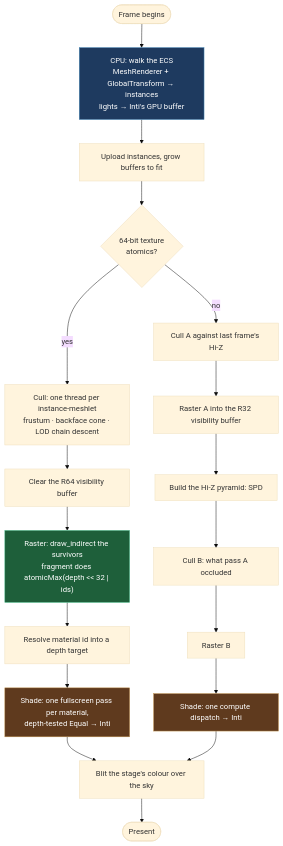
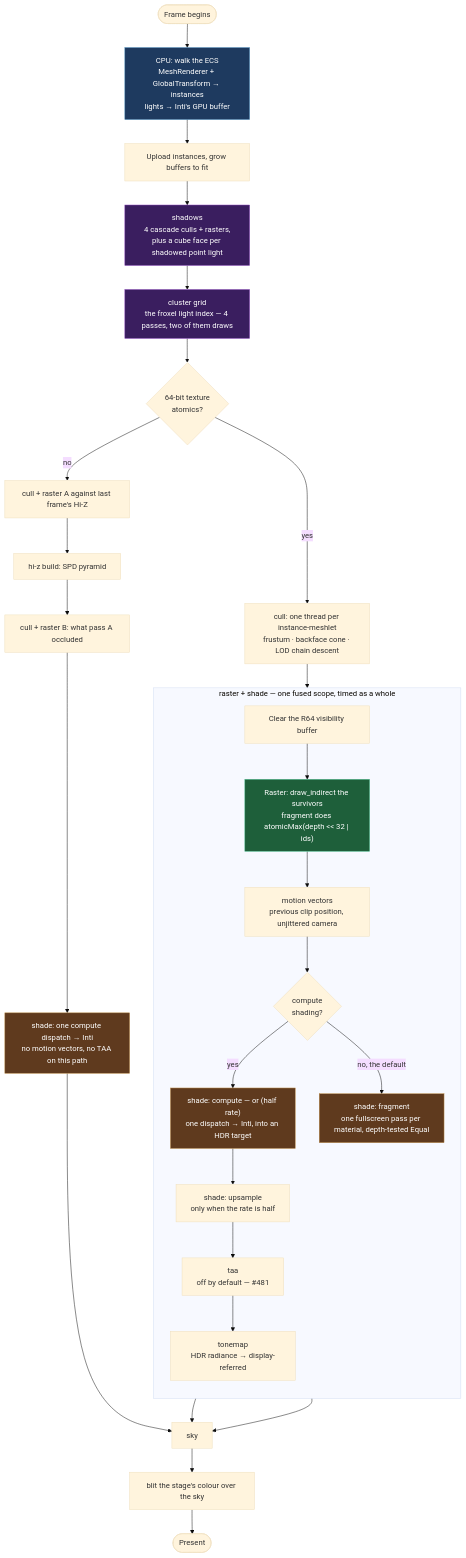
Before and after one commit to lobinuxsoft/kooch: the diagram in docs/book/src/architecture/render-pipeline.md, drawn with Mermaid (base theme). The commit also changed other lines of this file, not shown here.

First line of the commit message:
docs(book): the render pipeline diagram matches the frame that runs

````diff
--- a/docs/book/src/architecture/render-pipeline.md
+++ b/docs/book/src/architecture/render-pipeline.md
@@ -41,28 +52,43 @@
 ```mermaid
 flowchart TD
     START([Frame begins]) --> EXTRACT[CPU: walk the ECS<br/>MeshRenderer + GlobalTransform → instances<br/>lights → Inti's GPU buffer]
     EXTRACT --> UPLOAD[Upload instances, grow buffers to fit]
-    UPLOAD --> R64{64-bit texture<br/>atomics?}
+    UPLOAD --> SHADOWS["shadows<br/>4 cascade culls + rasters,<br/>plus a cube face per shadowed point light"]
+    SHADOWS --> GRID["cluster grid<br/>the froxel light index — 4 passes, two of them draws"]
+    GRID --> R64{64-bit texture<br/>atomics?}
 
-    R64 -- yes --> A0[Cull: one thread per instance-meshlet<br/>frustum · backface cone · LOD chain descent]
-    A0 --> A1[Clear the R64 visibility buffer]
-    A1 --> A2["Raster: draw_indirect the survivors<br/>fragment does atomicMax(depth &lt;&lt; 32 | ids)"]
-    A2 --> A3[Resolve material id into a depth target]
-    A3 --> A4[Shade: one fullscreen pass per material,<br/>depth-tested Equal → Inti]
+    R64 -- yes --> A0["cull: one thread per instance-meshlet<br/>frustum · backface cone · LOD chain descent"]
 
-    R64 -- no --> B0[Cull A against last frame's Hi-Z]
-    B0 --> B1[Raster A into the R32 visibility buffer]
-    B1 --> B2[Build the Hi-Z pyramid: SPD]
-    B2 --> B3[Cull B: what pass A occluded]
-    B3 --> B4[Raster B]
-    B4 --> B5[Shade: one compute dispatch → Inti]
+    subgraph FUSED["raster + shade — one fused scope, timed as a whole"]
+        direction TB
+        A1[Clear the R64 visibility buffer] --> A2["Raster: draw_indirect the survivors<br/>fragment does atomicMax(depth &lt;&lt; 32 | ids)"]
+        A2 --> MV["motion vectors<br/>previous clip position, unjittered camera"]
+        MV --> SH{"compute<br/>shading?"}
+        SH -- yes --> A4["shade: compute — or (half rate)<br/>one dispatch → Inti, into an HDR target"]
+        SH -- "no, the default" --> A5["shade: fragment<br/>one fullscreen pass per material, depth-tested Equal"]
+        A4 --> UP["shade: upsample<br/>only when the rate is half"]
+        UP --> TAA["taa<br/>off by default — #481"]
+        TAA --> TM["tonemap<br/>HDR radiance → display-referred"]
+    end
 
-    A4 --> BLIT[Blit the stage's colour over the sky]
-    B5 --> BLIT
+    A0 --> A1
+
+    R64 -- no --> B0["cull + raster A against last frame's Hi-Z"]
+    B0 --> B2["hi-z build: SPD pyramid"]
+    B2 --> B3["cull + raster B: what pass A occluded"]
+    B3 --> B5["shade: one compute dispatch → Inti<br/>no motion vectors, no TAA on this path"]
+
+    TM --> SKY["sky"]
+    A5 --> SKY
+    B5 --> SKY
+    SKY --> BLIT["blit the stage's colour over the sky"]
     BLIT --> PRESENT([Present])
 
     style A2 fill:#1e5f3a,stroke:#4dbe8f,color:#fff
     style A4 fill:#5f3a1e,stroke:#be8f4d,color:#fff
+    style A5 fill:#5f3a1e,stroke:#be8f4d,color:#fff
     style B5 fill:#5f3a1e,stroke:#be8f4d,color:#fff
+    style SHADOWS fill:#3a1e5f,stroke:#8f4dbe,color:#fff
+    style GRID fill:#3a1e5f,stroke:#8f4dbe,color:#fff
     style EXTRACT fill:#1e3a5f,stroke:#4d8fbe,color:#fff
 ```
````
